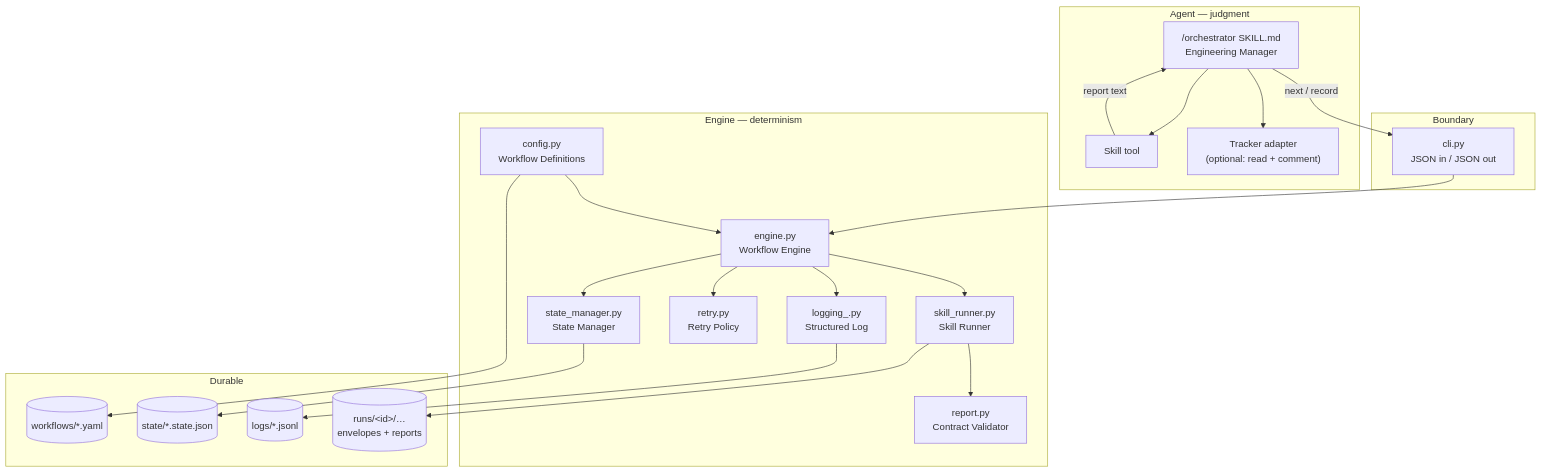
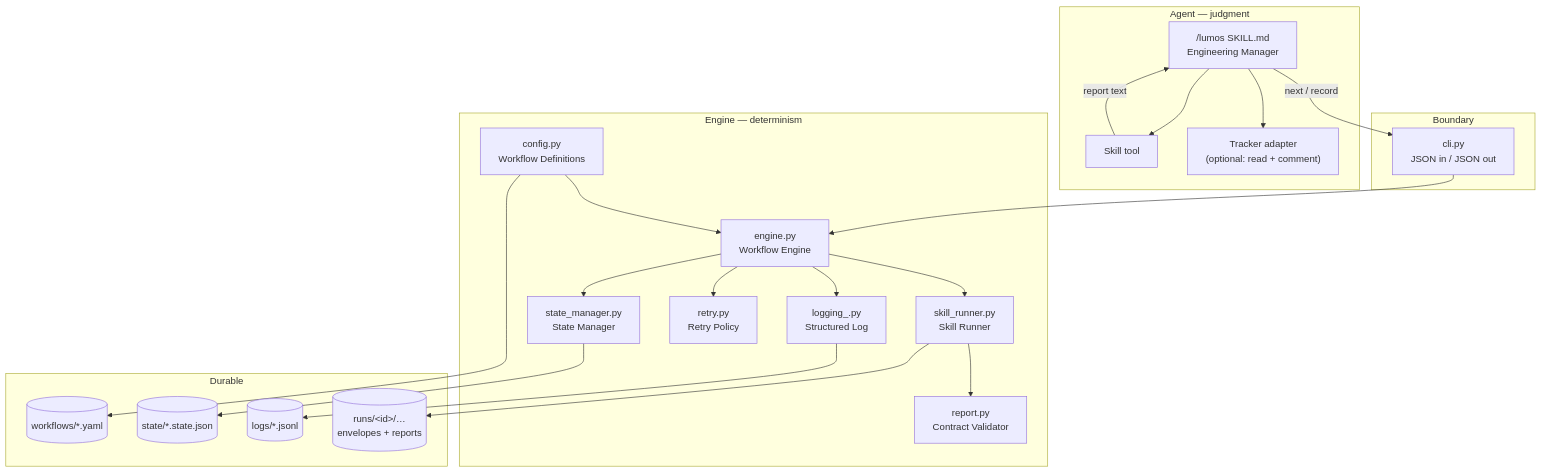
Before and after one commit to sajadshafi/lumos: the first of 4 diagrams in docs/architecture.md, drawn with Mermaid. The commit also changed other lines of this file and 53 other files, not shown here.

````diff
--- a/docs/architecture.md
+++ b/docs/architecture.md
@@ -37,46 +37,46 @@
 ```mermaid
 flowchart TB
     subgraph agent["Agent — judgment"]
-        SKILL["/orchestrator SKILL.md<br/>Engineering Manager"]
+        SKILL["/lumos SKILL.md<br/>Engineering Manager"]
         TOOL["Skill tool"]
         ADO["Tracker adapter<br/>(optional: read + comment)"]
     end
 
     subgraph cli["Boundary"]
         CLI["cli.py<br/>JSON in / JSON out"]
     end
 
     subgraph core["Engine — determinism"]
         ENGINE["engine.py<br/>Workflow Engine"]
         RUNNER["skill_runner.py<br/>Skill Runner"]
         STATE["state_manager.py<br/>State Manager"]
         RETRY["retry.py<br/>Retry Policy"]
         REPORT["report.py<br/>Contract Validator"]
         LOG["logging_.py<br/>Structured Log"]
         CONFIG["config.py<br/>Workflow Definitions"]
     end
 
     subgraph disk["Durable"]
         WF[("workflows/*.yaml")]
         ST[("state/*.state.json")]
         LG[("logs/*.jsonl")]
         RUNS[("runs/&lt;id&gt;/…<br/>envelopes + reports")]
     end
 
     SKILL -->|"next / record"| CLI
     SKILL --> TOOL
     SKILL --> ADO
     TOOL -->|"report text"| SKILL
 
     CLI --> ENGINE
     ENGINE --> RUNNER
     ENGINE --> STATE
     ENGINE --> RETRY
     ENGINE --> LOG
     RUNNER --> REPORT
     CONFIG --> ENGINE
     CONFIG --> WF
     STATE --> ST
     LOG --> LG
     RUNNER --> RUNS
 ```
````
